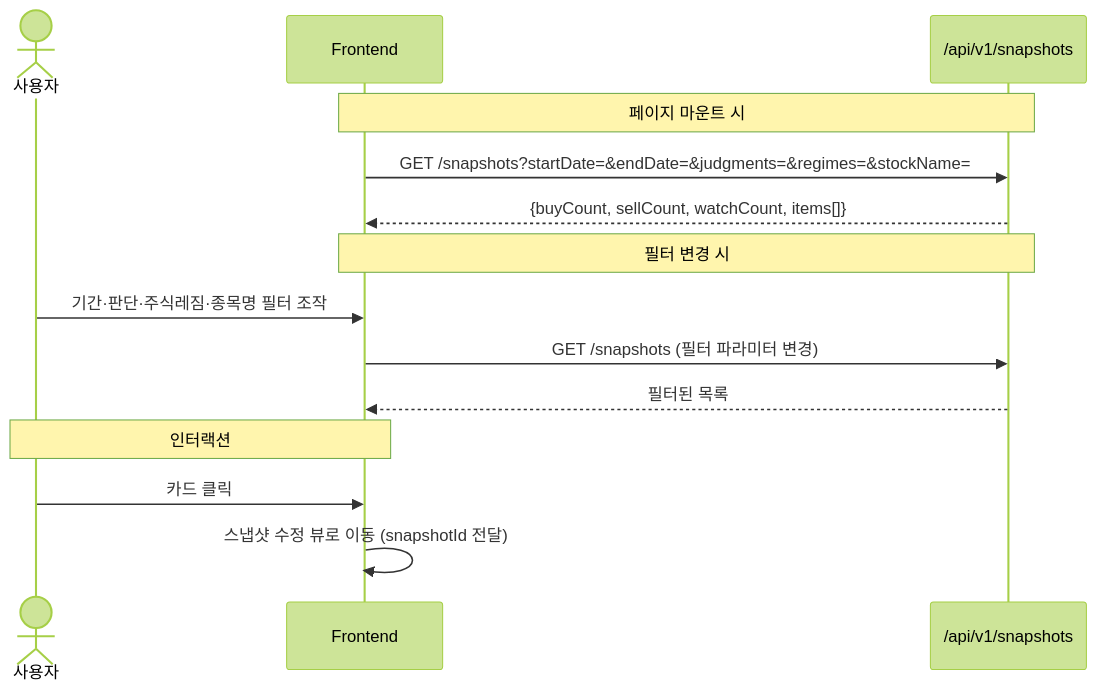
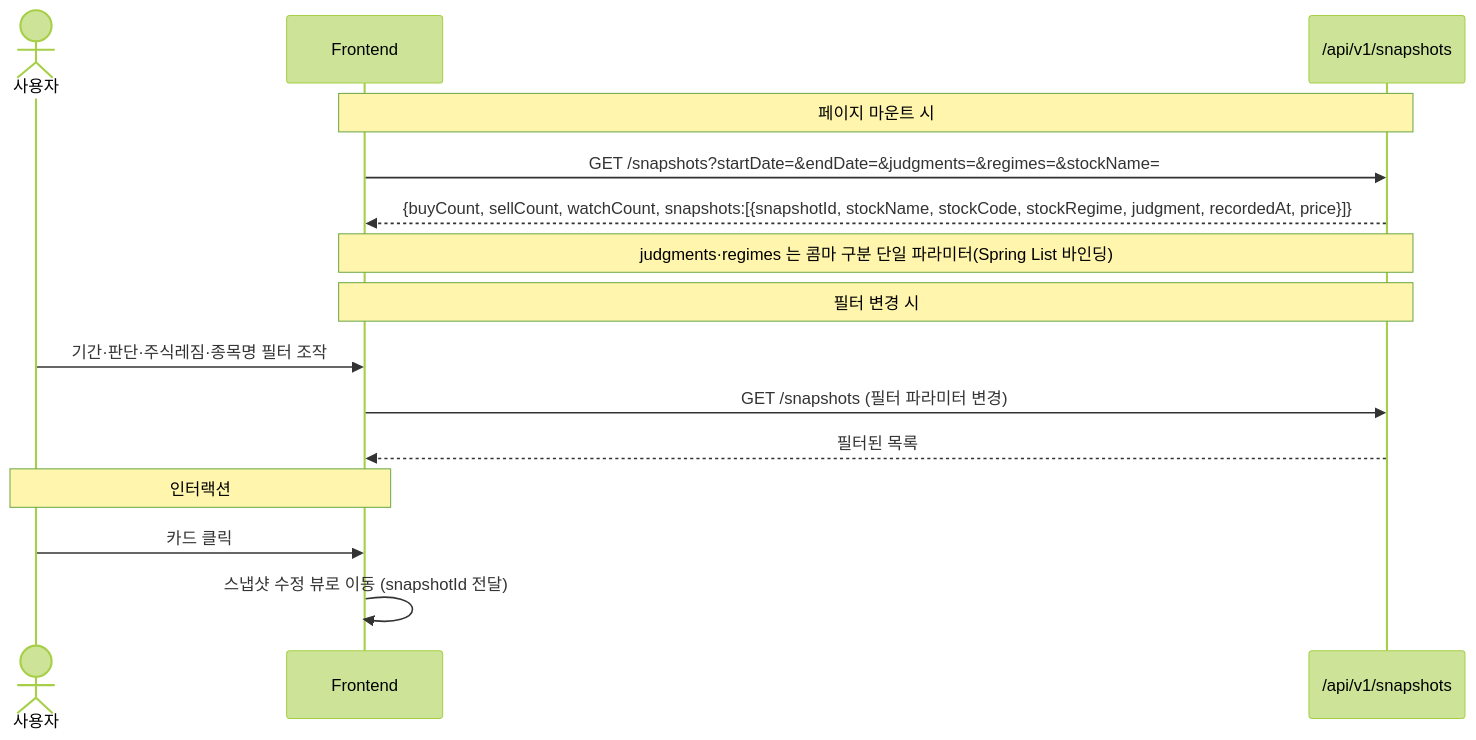
Before and after one commit to Burning-In/backend: the sixth of 7 diagrams in docs/시퀀스 다이어그램.md, drawn with Mermaid (forest theme). The commit also changed other lines of this file, not shown here.

Commit message:
docs: 시퀀스 다이어그램 보완

````diff
--- a/docs/시퀀스 다이어그램.md
+++ b/docs/시퀀스 다이어그램.md
@@ -307,19 +301,20 @@
 ```mermaid
 sequenceDiagram
     actor U as 사용자
     participant FE as Frontend
     participant SNAP as /api/v1/snapshots
 
     Note over FE,SNAP: 페이지 마운트 시
     FE->>SNAP: GET /snapshots?startDate=&endDate=&judgments=&regimes=&stockName=
-    SNAP-->>FE: {buyCount, sellCount, watchCount, items[]}
+    SNAP-->>FE: {buyCount, sellCount, watchCount, snapshots:[{snapshotId, stockName, stockCode, stockRegime, judgment, recordedAt, price}]}
+    Note over FE,SNAP: judgments·regimes 는 콤마 구분 단일 파라미터(Spring List 바인딩)
 
     Note over FE,SNAP: 필터 변경 시
     U->>FE: 기간·판단·주식레짐·종목명 필터 조작
     FE->>SNAP: GET /snapshots (필터 파라미터 변경)
     SNAP-->>FE: 필터된 목록
 
     Note over U,FE: 인터랙션
     U->>FE: 카드 클릭
     FE->>FE: 스냅샷 수정 뷰로 이동 (snapshotId 전달)
 ```
````
